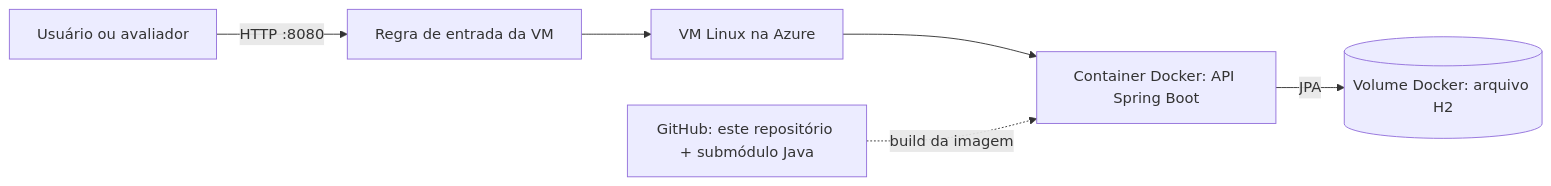
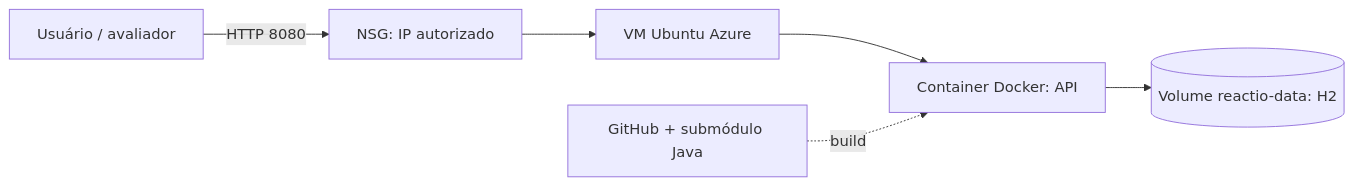
Before and after one commit to Eric-devops-tech/Reactio-Cloud: the diagram in README.md, drawn with Mermaid. The commit also changed other lines of this file and 2 other files, not shown here.

Commit message:
docs: document Azure VM deployment and demo

````diff
--- a/README.md
+++ b/README.md
@@ -21,8 +17,8 @@
 ```mermaid
 flowchart LR
-    U[Usuário ou avaliador] -->|HTTP :8080| NSG[Regra de entrada da VM]
-    NSG --> VM[VM Linux na Azure]
-    VM --> C[Container Docker: API Spring Boot]
-    C -->|JPA| V[(Volume Docker: arquivo H2)]
-    G[GitHub: este repositório + submódulo Java] -. build da imagem .-> C
+    U[Usuário / avaliador] -->|HTTP 8080| N[NSG: IP autorizado]
+    N --> VM[VM Ubuntu Azure]
+    VM --> C[Container Docker: API]
+    C --> V[(Volume reactio-data: H2)]
+    G[GitHub + submódulo Java] -. build .-> C
 ```
````
